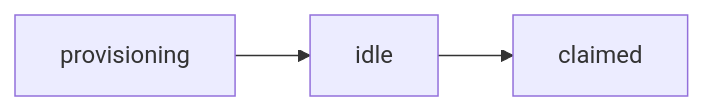
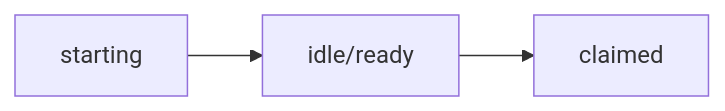
Before and after one commit to xmtplabs/convos-managed-agent-runtime: the second of 2 diagrams in README.md, drawn with Mermaid. The commit also changed other lines of this file and 1 other file, not shown here.

````diff
--- a/README.md
+++ b/README.md
@@ -77,5 +86,5 @@
 ```mermaid
 flowchart LR
-  A[provisioning] --> B[idle]
+  A[starting] --> B[idle/ready]
   B --> C[claimed]
 ```
````
